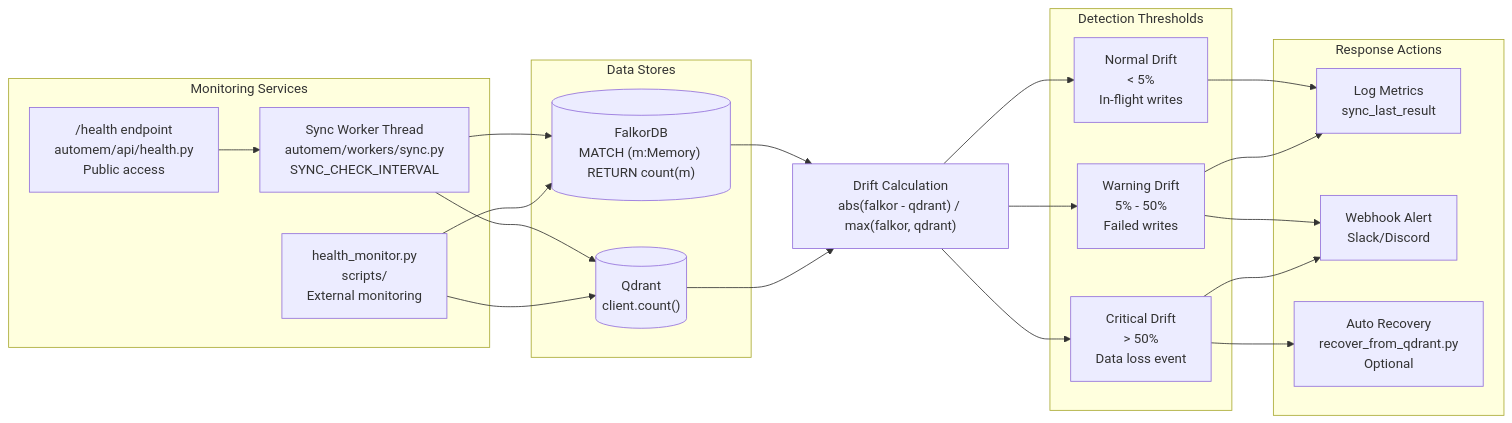
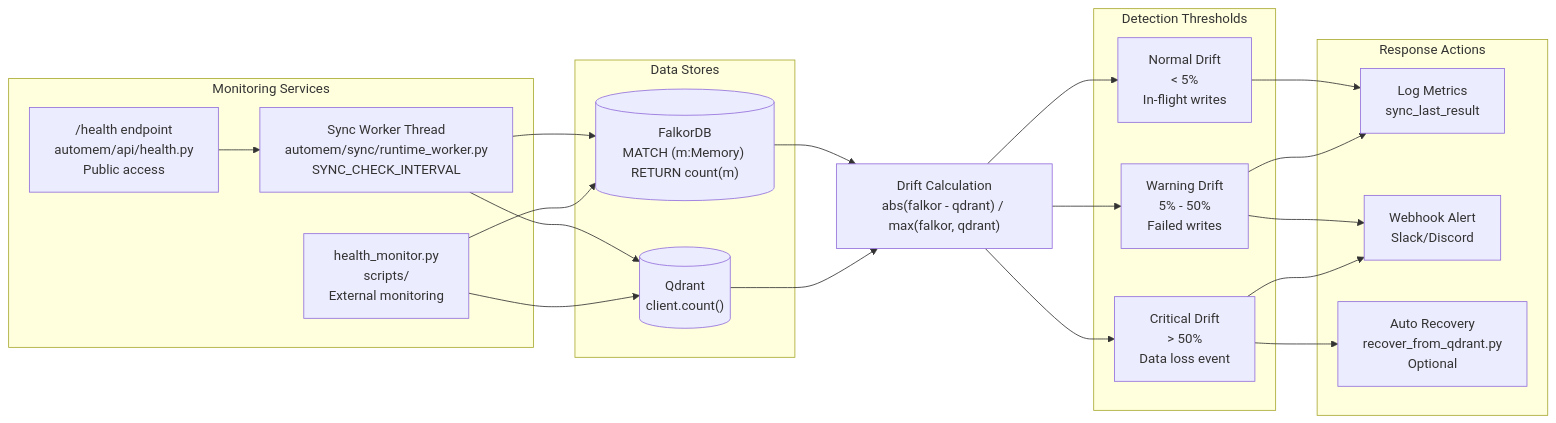
The fifth of 6 diagrams in src/content/docs/docs/operations/health.md (verygoodplugins/automem-website), drawn with Mermaid before and after one commit. The commit also changed other lines of this file and 48 other files, not shown here.

````diff
--- a/src/content/docs/docs/operations/health.md
+++ b/src/content/docs/docs/operations/health.md
@@ -406,44 +402,44 @@
 ```mermaid
 graph LR
     subgraph "Monitoring Services"
-        SyncWorker["Sync Worker Thread<br/>automem/workers/sync.py<br/>SYNC_CHECK_INTERVAL"]
+        SyncWorker["Sync Worker Thread<br/>automem/sync/runtime_worker.py<br/>SYNC_CHECK_INTERVAL"]
         HealthMonitor["health_monitor.py<br/>scripts/<br/>External monitoring"]
         HealthEndpoint["/health endpoint<br/>automem/api/health.py<br/>Public access"]
     end
 
     subgraph "Data Stores"
         FalkorDB[("FalkorDB<br/>MATCH (m:Memory) RETURN count(m)")]
         Qdrant[("Qdrant<br/>client.count()")]
     end
 
     subgraph "Detection Thresholds"
         Normal["Normal Drift<br/>< 5%<br/>In-flight writes"]
         Warning["Warning Drift<br/>5% - 50%<br/>Failed writes"]
         Critical["Critical Drift<br/>> 50%<br/>Data loss event"]
     end
 
     subgraph "Response Actions"
         Log["Log Metrics<br/>sync_last_result"]
         Alert["Webhook Alert<br/>Slack/Discord"]
         AutoRecover["Auto Recovery<br/>recover_from_qdrant.py<br/>Optional"]
     end
 
     SyncWorker --> FalkorDB
     SyncWorker --> Qdrant
     HealthMonitor --> FalkorDB
     HealthMonitor --> Qdrant
     HealthEndpoint --> SyncWorker
 
     FalkorDB --> DriftCalc["Drift Calculation<br/>abs(falkor - qdrant) / max(falkor, qdrant)"]
     Qdrant --> DriftCalc
 
     DriftCalc --> Normal
     DriftCalc --> Warning
     DriftCalc --> Critical
 
     Normal --> Log
     Warning --> Log
     Warning --> Alert
     Critical --> Alert
     Critical --> AutoRecover
 ```
````
